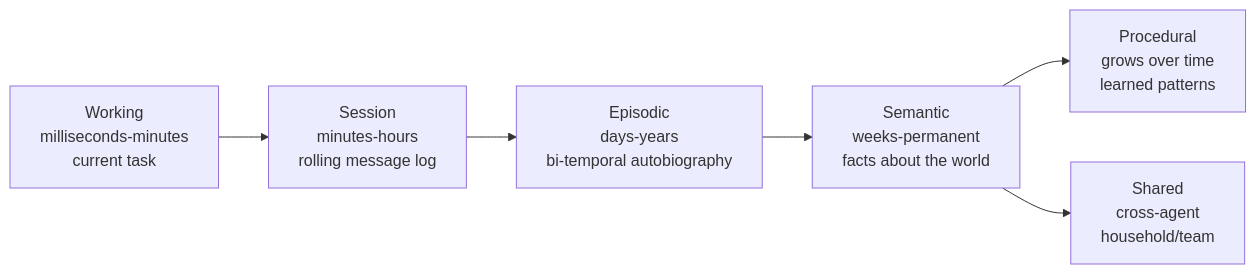
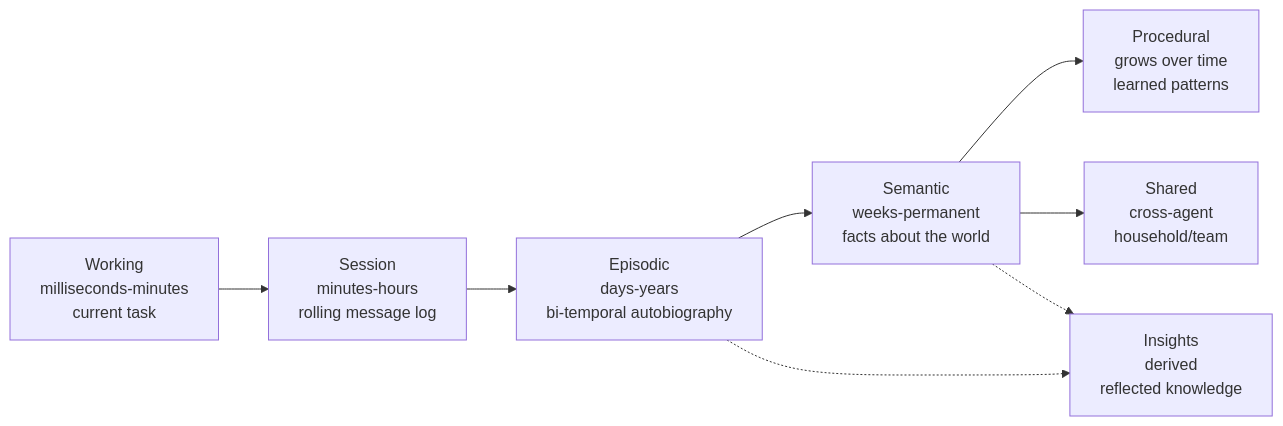
One commit to o-stepper/graphorin changed the first of 2 diagrams in documentation/guide/memory-system.md. Above: the diagram before and after it, drawn with Mermaid. The commit also changed other lines of this file and 2960 other files, not shown here.

````diff
--- a/documentation/guide/memory-system.md
+++ b/documentation/guide/memory-system.md
@@ -12,13 +12,16 @@
 ```mermaid
 flowchart LR
     A[Working<br/>milliseconds-minutes<br/>current task]
     B[Session<br/>minutes-hours<br/>rolling message log]
     C[Episodic<br/>days-years<br/>bi-temporal autobiography]
     D[Semantic<br/>weeks-permanent<br/>facts about the world]
     E[Procedural<br/>grows over time<br/>learned patterns]
     F[Shared<br/>cross-agent<br/>household/team]
+    G[Insights<br/>derived<br/>reflected knowledge]
 
     A --> B --> C --> D
     D --> E
     D --> F
+    C -.-> G
+    D -.-> G
 ```
````
